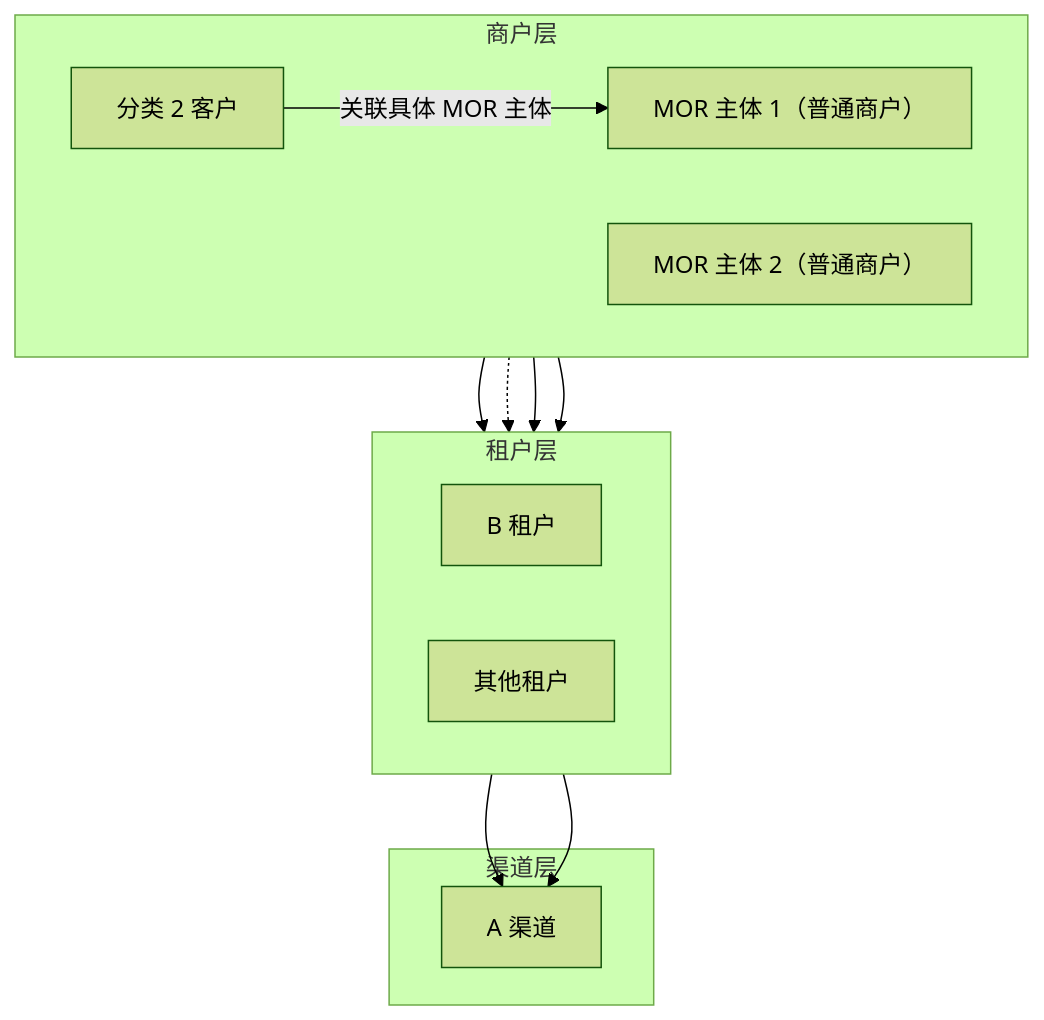
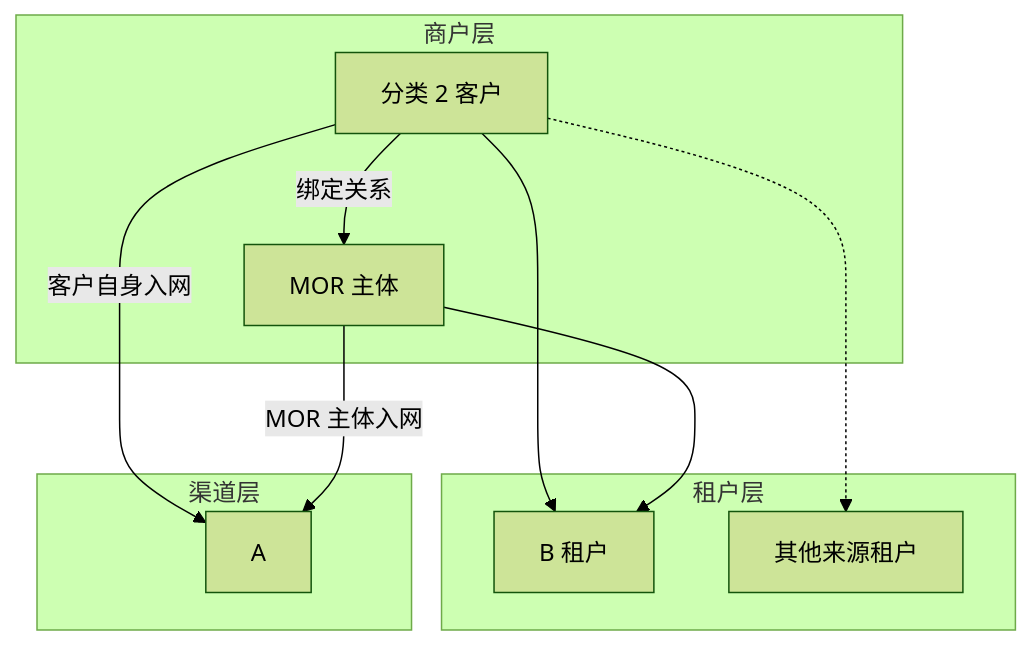
Before and after one commit to xiaoxiaoangie/EX-NEW: the first of 3 diagrams in MORSolutions/解决方案/MOR模式-运营主体SP最终方案.md, drawn with Mermaid (forest theme). The commit also changed other lines of this file and 10 other files, not shown here.

````diff
--- a/MORSolutions/解决方案/MOR模式-运营主体SP最终方案.md
+++ b/MORSolutions/解决方案/MOR模式-运营主体SP最终方案.md
@@ -80,27 +59,23 @@
 ```mermaid
 flowchart TB
-    subgraph MERCHANT["商户层"]
-        direction LR
+    subgraph M["商户层"]
         C["分类 2 客户"]
-        M1["MOR 主体 1（普通商户）"]
-        M2["MOR 主体 2（普通商户）"]
-        C -->|"关联具体 MOR 主体"| M1
+        MOR["MOR 主体"]
+        C -->|"绑定关系"| MOR
     end
 
-    subgraph TENANT["租户层"]
-        direction LR
+    subgraph T["租户层"]
         B1["B 租户"]
-        T2["其他租户"]
+        BX["其他来源租户"]
     end
 
-    subgraph CHANNEL["渠道层"]
-        A["A 渠道"]
+    subgraph CH["渠道层"]
+        A["A"]
     end
 
     C --> B1
-    C -.-> T2
-    M1 --> B1
-    M2 --> T2
-    B1 --> A
-    T2 --> A
+    C -.-> BX
+    MOR --> B1
+    C -->|"客户自身入网"| A
+    MOR -->|"MOR 主体入网"| A
 ```
````
